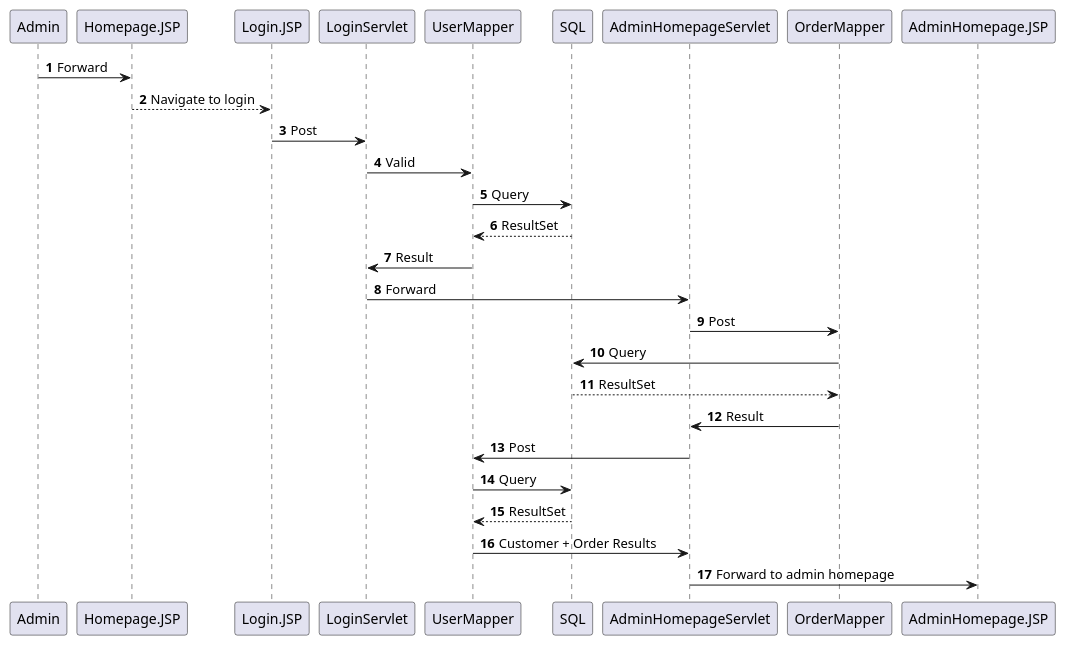
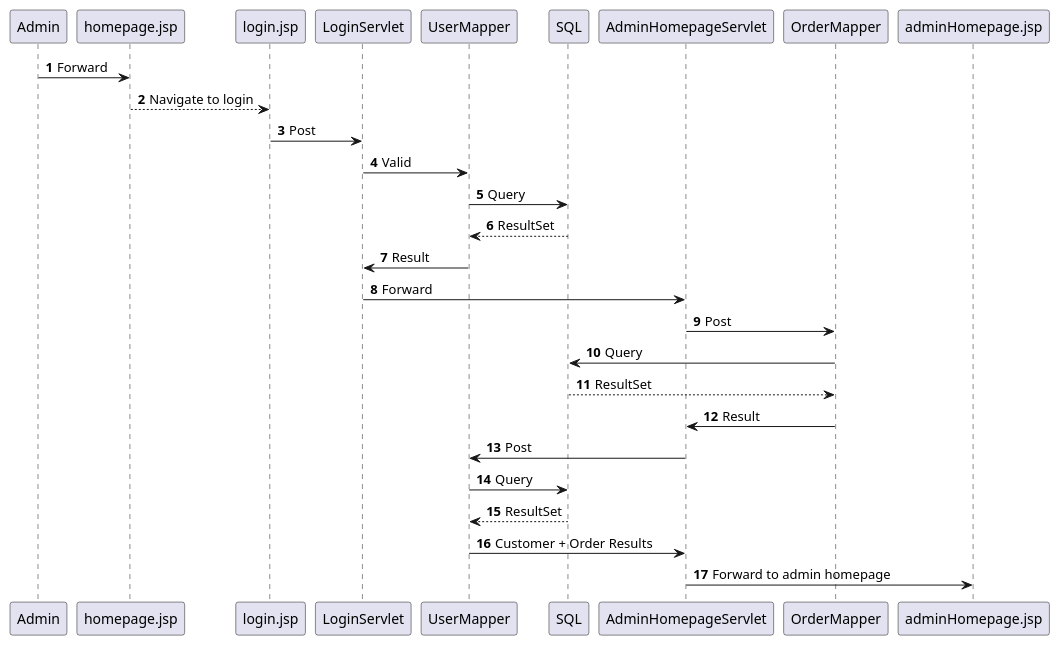
The diagram in documentation/SqAdminHomepage.puml (HeinLarsen/fog-carport), drawn with PlantUML before and after one commit. The commit also changed 6 other files, not shown here.

```diff
--- a/documentation/SqAdminHomepage.puml
+++ b/documentation/SqAdminHomepage.puml
@@ -1,26 +1,26 @@
 @startuml
 'https://plantuml.com/sequence-diagram
 
 autonumber
 
-Admin -> Homepage.JSP: Forward
-Homepage.JSP --> Login.JSP: Navigate to login
-Login.JSP -> LoginServlet: Post
+Admin -> homepage.jsp: Forward
+homepage.jsp --> login.jsp: Navigate to login
+login.jsp -> LoginServlet: Post
 LoginServlet -> UserMapper: Valid
 UserMapper -> SQL: Query
 SQL --> UserMapper: ResultSet
 UserMapper -> LoginServlet: Result
 LoginServlet -> AdminHomepageServlet: Forward
 
 AdminHomepageServlet -> OrderMapper: Post
 OrderMapper -> SQL: Query
 SQL --> OrderMapper: ResultSet
 OrderMapper -> AdminHomepageServlet: Result
 AdminHomepageServlet -> UserMapper: Post
 
 UserMapper -> SQL: Query
 SQL --> UserMapper: ResultSet
 UserMapper -> AdminHomepageServlet: Customer + Order Results
-AdminHomepageServlet -> AdminHomepage.JSP: Forward to admin homepage
+AdminHomepageServlet -> adminHomepage.jsp: Forward to admin homepage
 
 @enduml
```
